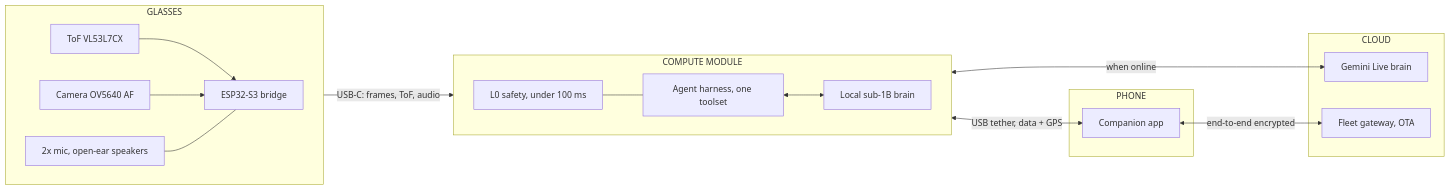
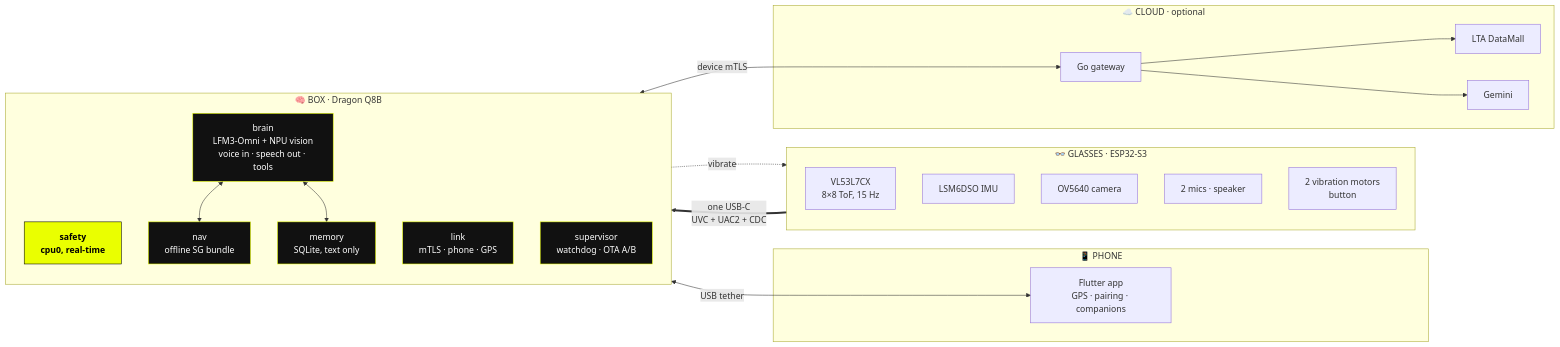
One commit to Asirive/Asirive-Cortex changed the first of 6 diagrams in README.md. Above: the diagram before and after it, drawn with Mermaid. The commit also changed other lines of this file and 2 other files, not shown here.

First line of the commit message:
README: V4 architecture, V3 archived

````diff
--- a/README.md
+++ b/README.md
@@ -51,28 +77,45 @@
 ```mermaid
 flowchart LR
-  subgraph GL["GLASSES"]
-    direction LR
-    TOF["ToF VL53L7CX"] --> BR["ESP32-S3 bridge"]
-    CAM["Camera OV5640 AF"] --> BR
-    MIC["2x mic, open-ear speakers"] --- BR
+  subgraph G["👓 GLASSES · ESP32-S3"]
+    direction TB
+    TOF["VL53L7CX<br/>8×8 ToF, 15 Hz"]
+    IMU["LSM6DSO IMU"]
+    CAM["OV5640 camera"]
+    AUD["2 mics · speaker"]
+    HAP["2 vibration motors<br/>button"]
   end
-  subgraph CM["COMPUTE MODULE"]
-    direction LR
-    SAFE["L0 safety, under 100 ms"]
-    AGENT["Agent harness, one toolset"]
-    LOCAL["Local sub-1B brain"]
+
+  subgraph B["🧠 BOX · Dragon Q8B"]
+    direction TB
+    SAFE["safety<br/>cpu0, real-time"]
+    BRAIN["brain<br/>LFM3-Omni + NPU vision<br/>voice in · speech out · tools"]
+    NAV["nav<br/>offline SG bundle"]
+    MEM["memory<br/>SQLite, text only"]
+    LINK["link<br/>mTLS · phone · GPS"]
+    SUP["supervisor<br/>watchdog · OTA A/B"]
   end
-  subgraph PH["PHONE"]
-    APP["Companion app"]
+
+  subgraph P["📱 PHONE"]
+    APP["Flutter app<br/>GPS · pairing · companions"]
   end
-  subgraph CL["CLOUD"]
-    GEM["Gemini Live brain"]
-    GW["Fleet gateway, OTA"]
+
+  subgraph C["☁️ CLOUD · optional"]
+    GW["Go gateway"]
+    LTA["LTA DataMall"]
+    GEM["Gemini"]
   end
-  BR -->|"USB-C: frames, ToF, audio"| SAFE
-  SAFE --- AGENT
-  AGENT <--> LOCAL
-  AGENT <-->|"when online"| GEM
-  CM <-->|"USB tether, data + GPS"| APP
-  APP <-->|"end-to-end encrypted"| GW
+
+  G == "one USB-C<br/>UVC + UAC2 + CDC" ==> B
+  SAFE -. "vibrate" .-> HAP
+  BRAIN <--> NAV
+  BRAIN <--> MEM
+  LINK <-->|"USB tether"| APP
+  LINK <-->|"device mTLS"| GW
+  GW --> LTA
+  GW --> GEM
+
+  classDef hot fill:#EAFF00,stroke:#000,color:#000,font-weight:bold
+  classDef box fill:#111,stroke:#EAFF00,color:#fff
+  class SAFE hot
+  class BRAIN,NAV,MEM,LINK,SUP box
 ```
````
